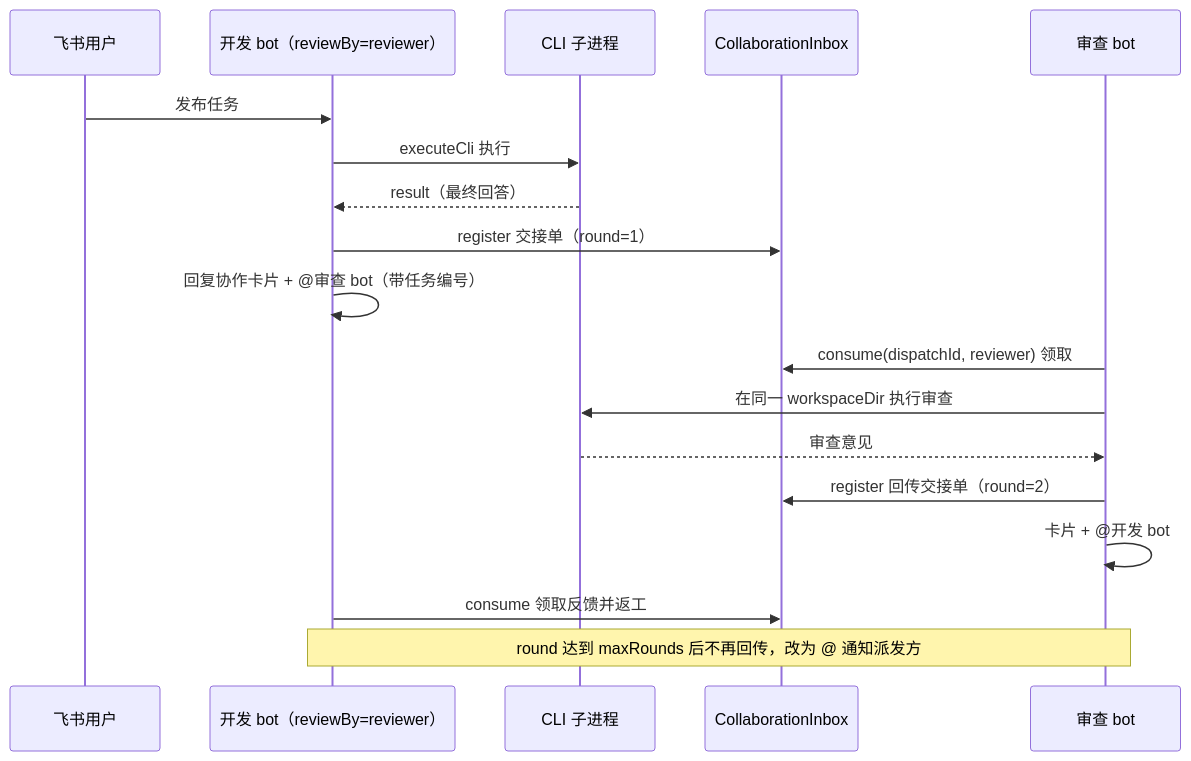
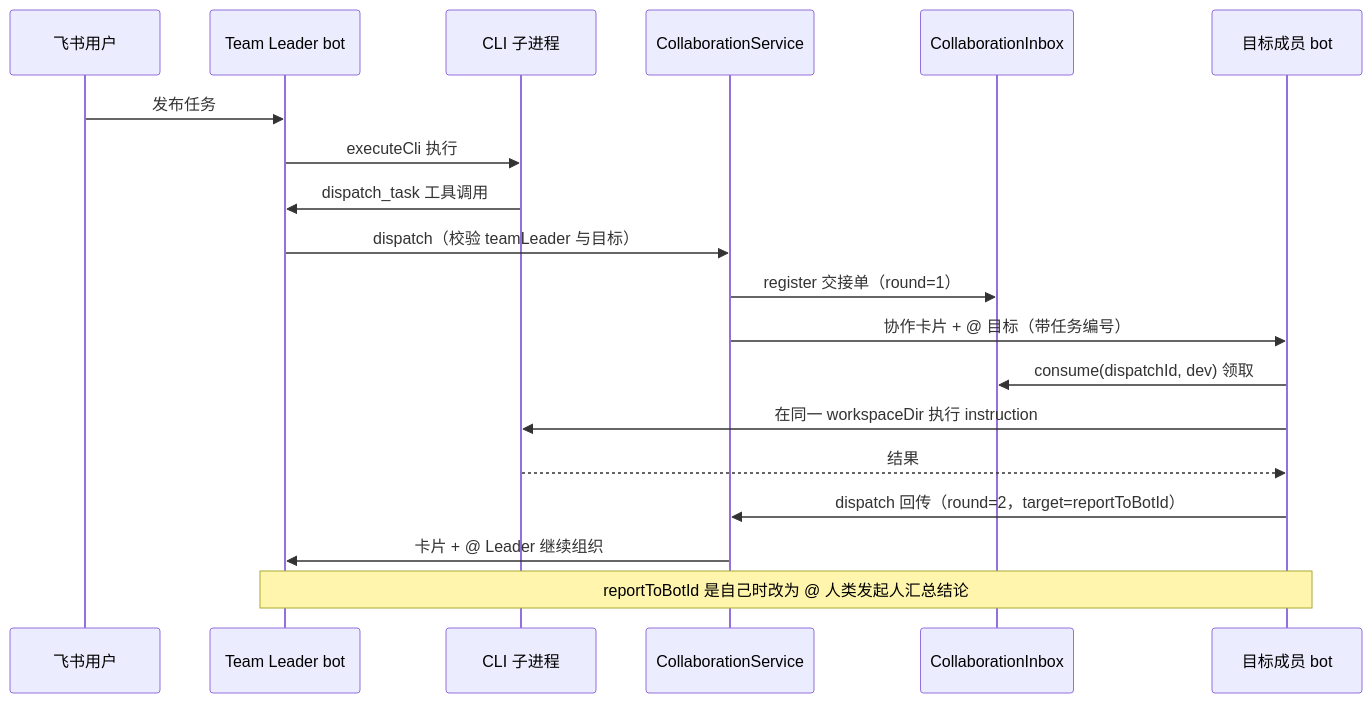
One commit to CerrorJ/Agent-Team changed the diagram in openwiki/domain/collaboration.md. Above: the diagram before and after it, drawn with Mermaid. The commit also changed other lines of this file and 15 other files, not shown here.

````diff
--- a/openwiki/domain/collaboration.md
+++ b/openwiki/domain/collaboration.md
@@ -45,21 +58,22 @@
 ```mermaid
 sequenceDiagram
     participant User as 飞书用户
-    participant Dev as 开发 bot（reviewBy=reviewer）
+    participant Lead as Team Leader bot
     participant CLI as CLI 子进程
+    participant Svc as CollaborationService
     participant Inbox as CollaborationInbox
-    participant Rev as 审查 bot
+    participant Dev as 目标成员 bot
 
-    User->>Dev: 发布任务
-    Dev->>CLI: executeCli 执行
-    CLI-->>Dev: result（最终回答）
-    Dev->>Inbox: register 交接单（round=1）
-    Dev->>Dev: 回复协作卡片 + @审查 bot（带任务编号）
-    Rev->>Inbox: consume(dispatchId, reviewer) 领取
-    Rev->>CLI: 在同一 workspaceDir 执行审查
-    CLI-->>Rev: 审查意见
-    Rev->>Inbox: register 回传交接单（round=2）
-    Rev->>Rev: 卡片 + @开发 bot
-    Dev->>Inbox: consume 领取反馈并返工
-    Note over Dev,Rev: round 达到 maxRounds 后不再回传，改为 @ 通知派发方
+    User->>Lead: 发布任务
+    Lead->>CLI: executeCli 执行
+    CLI->>Lead: dispatch_task 工具调用
+    Lead->>Svc: dispatch（校验 teamLeader 与目标）
+    Svc->>Inbox: register 交接单（round=1）
+    Svc->>Dev: 协作卡片 + @ 目标（带任务编号）
+    Dev->>Inbox: consume(dispatchId, dev) 领取
+    Dev->>CLI: 在同一 workspaceDir 执行 instruction
+    CLI-->>Dev: 结果
+    Dev->>Svc: dispatch 回传（round=2，target=reportToBotId）
+    Svc->>Lead: 卡片 + @ Leader 继续组织
+    Note over Lead,Dev: reportToBotId 是自己时改为 @ 人类发起人汇总结论
 ```
````
